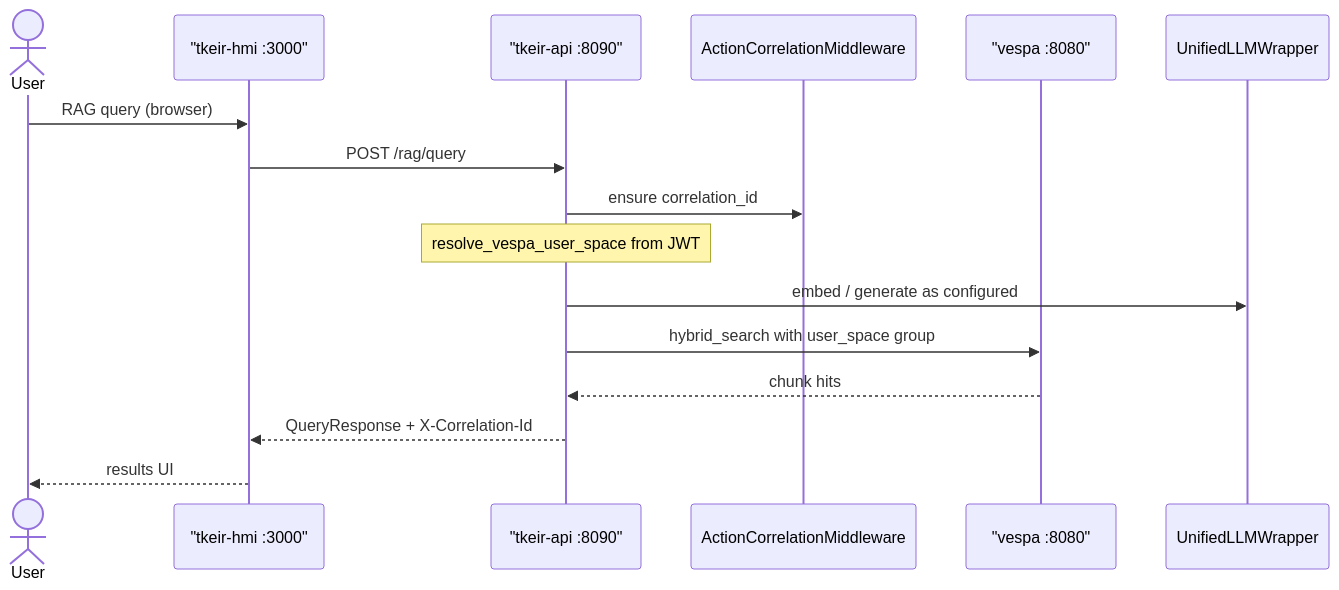
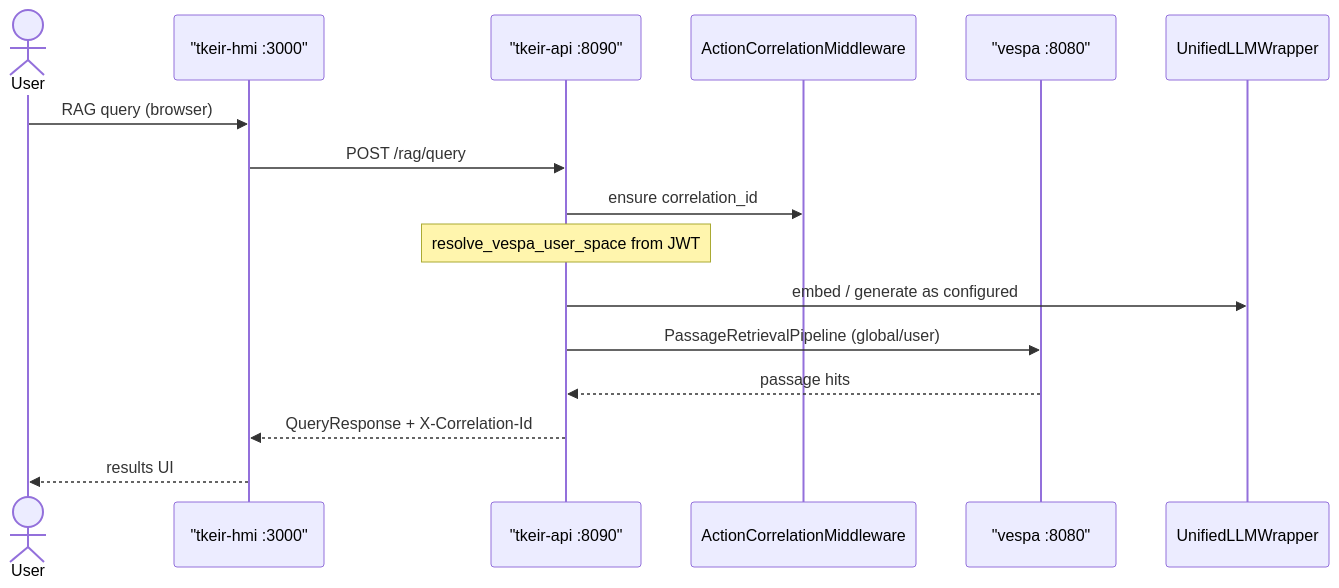
One commit to ThalesGroup/t-keir changed the first of 6 diagrams in docs/architecture/sequences.md. Above: the diagram before and after it, drawn with Mermaid. The commit also changed other lines of this file and 151 other files, not shown here.

````diff
--- a/docs/architecture/sequences.md
+++ b/docs/architecture/sequences.md
@@ -15,19 +15,19 @@
 ```mermaid
 sequenceDiagram
   actor User
   participant HMI as "tkeir-hmi :3000"
   participant API as "tkeir-api :8090"
   participant MW as ActionCorrelationMiddleware
   participant Vespa as "vespa :8080"
   participant LLM as UnifiedLLMWrapper
 
   User->>HMI: RAG query (browser)
   HMI->>API: POST /rag/query
   API->>MW: ensure correlation_id
   Note over API: resolve_vespa_user_space from JWT
   API->>LLM: embed / generate as configured
-  API->>Vespa: hybrid_search with user_space group
-  Vespa-->>API: chunk hits
+  API->>Vespa: PassageRetrievalPipeline (global/user)
+  Vespa-->>API: passage hits
   API-->>HMI: QueryResponse + X-Correlation-Id
   HMI-->>User: results UI
 ```
````
